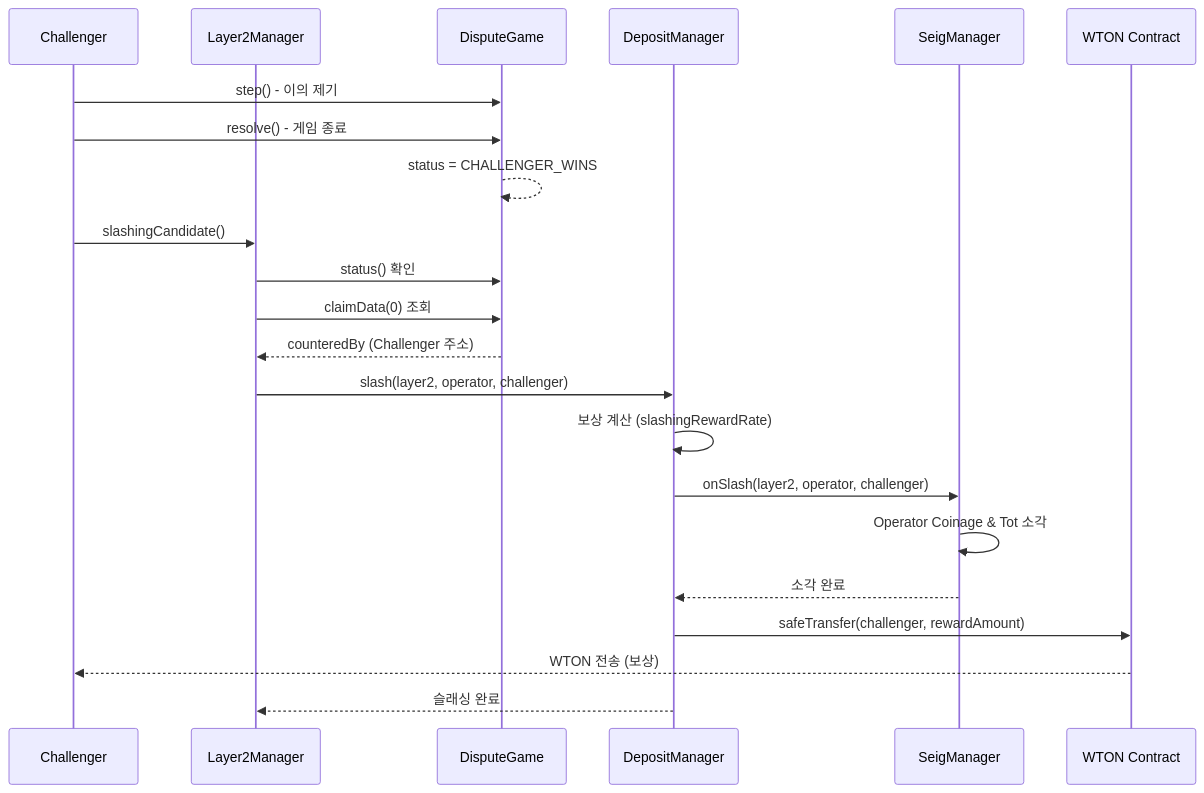
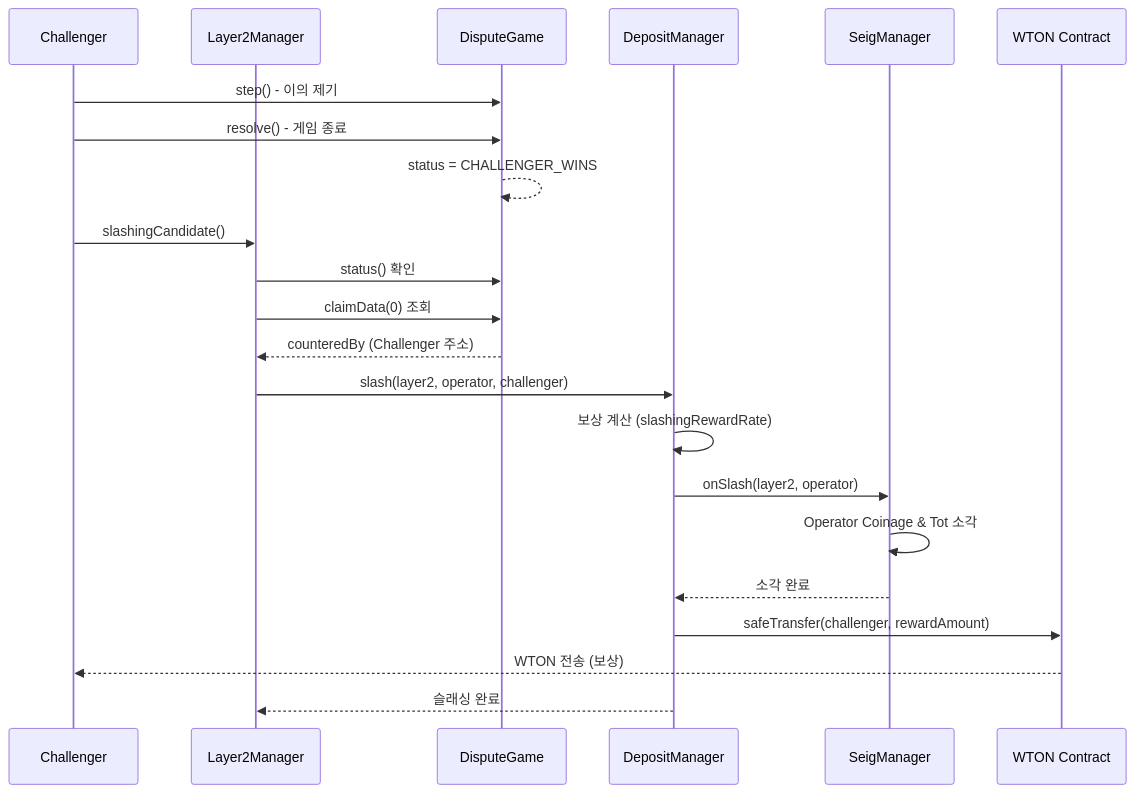
The diagram in docs/SlashingMechanism.md (tokamak-network/ton-staking-v2), drawn with Mermaid before and after one commit. The commit also changed other lines of this file, not shown here.

````diff
--- a/docs/SlashingMechanism.md
+++ b/docs/SlashingMechanism.md
@@ -255,28 +272,28 @@
 ```mermaid
 sequenceDiagram
     participant C as Challenger
     participant L2M as Layer2Manager
     participant DG as DisputeGame
     participant DM as DepositManager
     participant SM as SeigManager
     participant WTON as WTON Contract
     
     C->>DG: step() - 이의 제기
     C->>DG: resolve() - 게임 종료
     DG-->>DG: status = CHALLENGER_WINS
     
     C->>L2M: slashingCandidate()
     L2M->>DG: status() 확인
     L2M->>DG: claimData(0) 조회
     DG-->>L2M: counteredBy (Challenger 주소)
     
     L2M->>DM: slash(layer2, operator, challenger)
     DM->>DM: 보상 계산 (slashingRewardRate)
-    DM->>SM: onSlash(layer2, operator, challenger)
+    DM->>SM: onSlash(layer2, operator)
     SM->>SM: Operator Coinage & Tot 소각
     SM-->>DM: 소각 완료
     
     DM->>WTON: safeTransfer(challenger, rewardAmount)
     WTON-->>C: WTON 전송 (보상)
     DM-->>L2M: 슬래싱 완료
 ```
````
